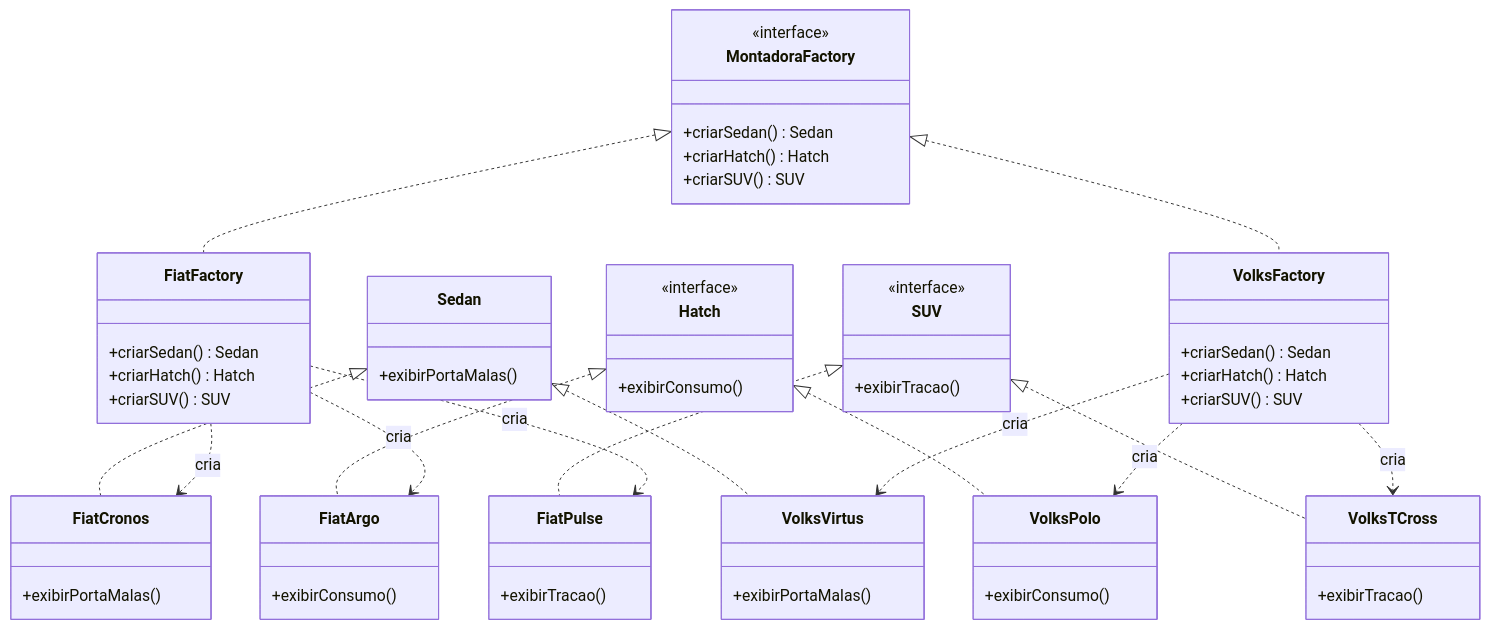
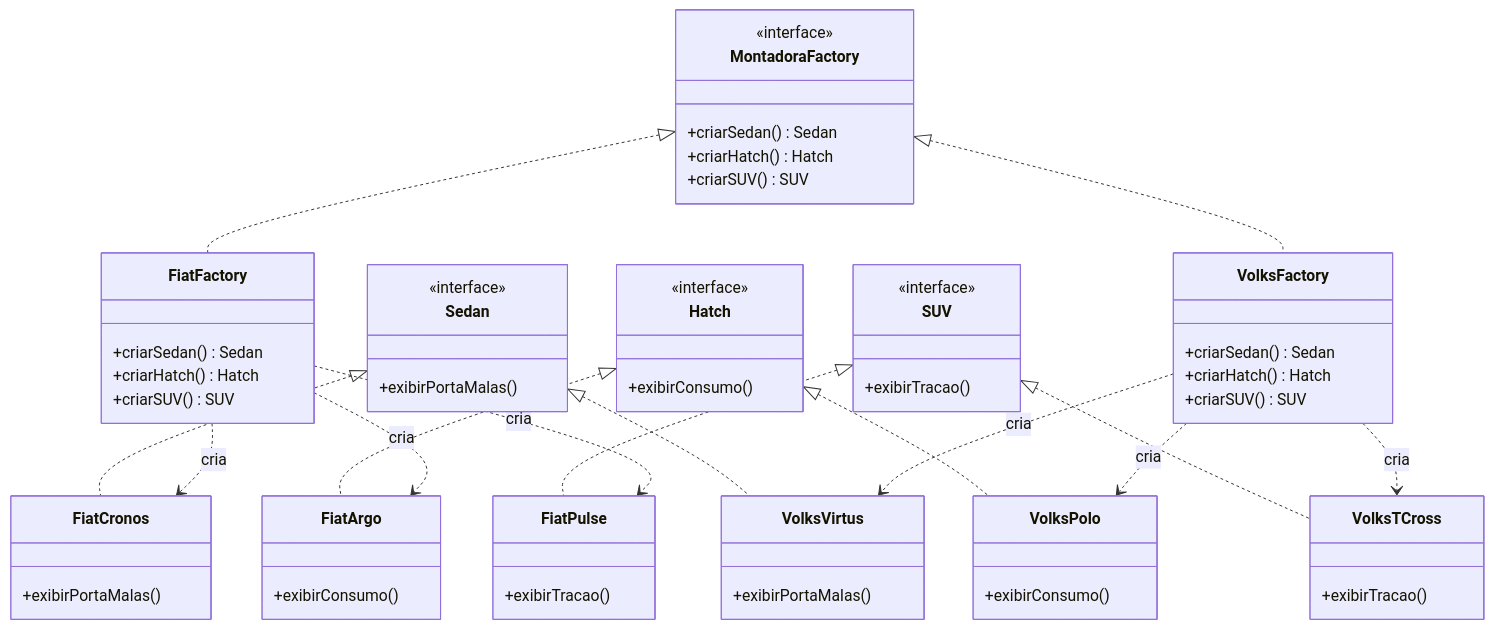
Before and after one commit to Bia-Novais/padroes-projeto-factory: the diagram in README.md, drawn with Mermaid.

Commit message:
Fix interface syntax in README.md

````diff
--- a/README.md
+++ b/README.md
@@ -9,64 +9,64 @@
 ```mermaid
 classDiagram
     class MontadoraFactory {
         <<interface>>
         +criarSedan() Sedan
         +criarHatch() Hatch
         +criarSUV() SUV
     }
 
     class FiatFactory {
         +criarSedan() Sedan
         +criarHatch() Hatch
         +criarSUV() SUV
     }
 
     class VolksFactory {
         +criarSedan() Sedan
         +criarHatch() Hatch
         +criarSUV() SUV
     }
 
     class Sedan {
-        <interface>
+        <<interface>>
         +exibirPortaMalas()
     }
 
     class Hatch {
         <<interface>>
         +exibirConsumo()
     }
 
     class SUV {
         <<interface>>
         +exibirTracao()
     }
 
     class FiatCronos { +exibirPortaMalas() }
     class FiatArgo { +exibirConsumo() }
     class FiatPulse { +exibirTracao() }
 
     class VolksVirtus { +exibirPortaMalas() }
     class VolksPolo { +exibirConsumo() }
     class VolksTCross { +exibirTracao() }
 
     MontadoraFactory <|.. FiatFactory
     MontadoraFactory <|.. VolksFactory
 
     Sedan <|.. FiatCronos
     Sedan <|.. VolksVirtus
 
     Hatch <|.. FiatArgo
     Hatch <|.. VolksPolo
 
     SUV <|.. FiatPulse
     SUV <|.. VolksTCross
 
     FiatFactory ..> FiatCronos : cria
     FiatFactory ..> FiatArgo : cria
     FiatFactory ..> FiatPulse : cria
 
     VolksFactory ..> VolksVirtus : cria
     VolksFactory ..> VolksPolo : cria
     VolksFactory ..> VolksTCross : cria
 ```
````
